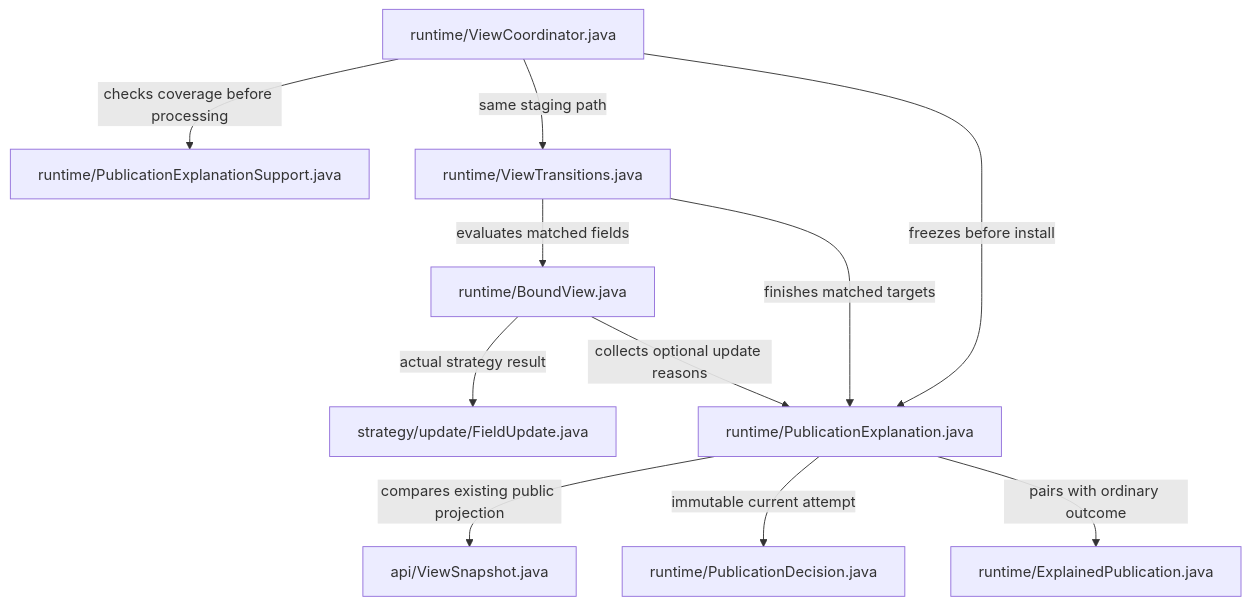
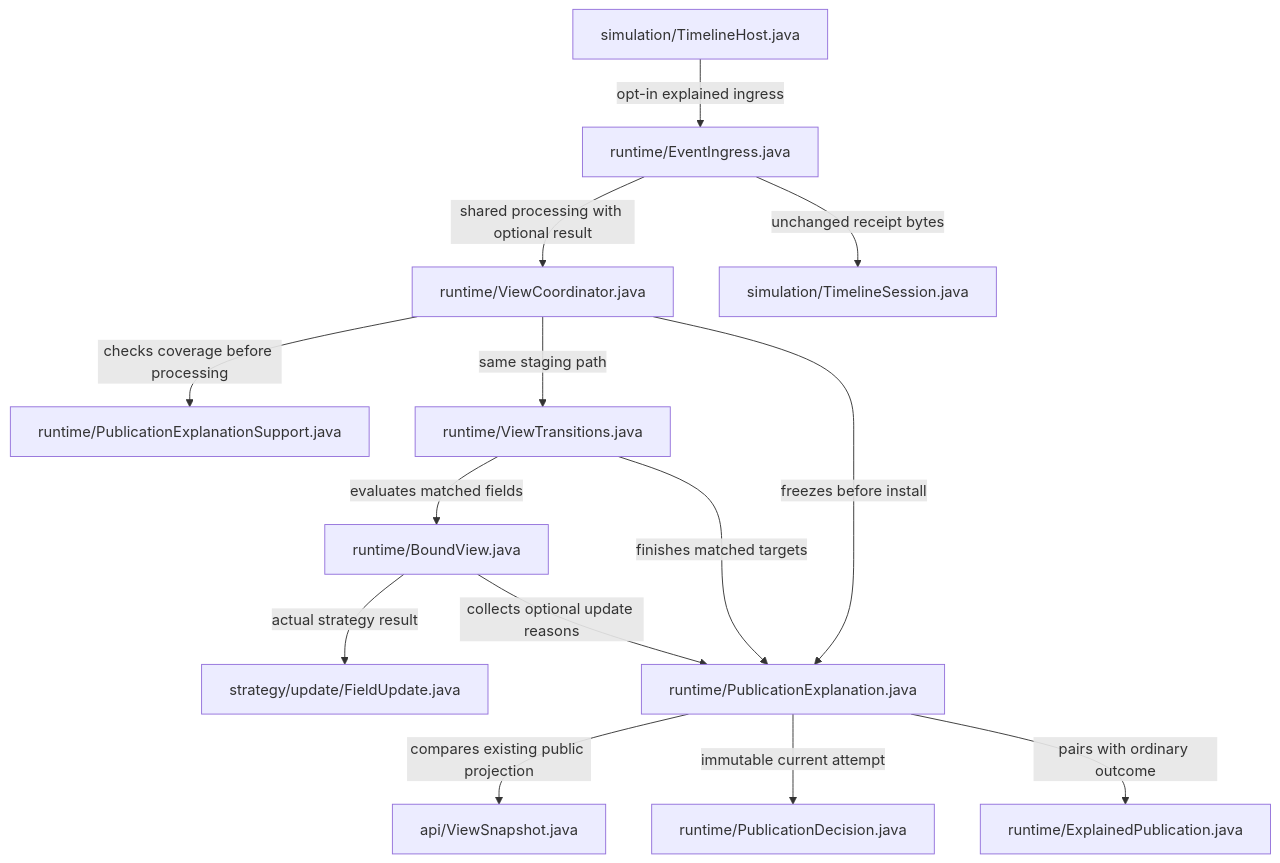
Before and after one commit to sproates/zooglass: diagram 24 of 24 in zooglass/docs/source-map.md, drawn with Mermaid. The commit also changed other lines of this file and 44 other files, not shown here.

First line of the commit message:
Explain recorded timeline publication decisions (#194)

````diff
--- a/zooglass/docs/source-map.md
+++ b/zooglass/docs/source-map.md
@@ -664,13 +666,16 @@
 ```mermaid
 flowchart TB
+  host["simulation/TimelineHost.java"] -->|opt-in explained ingress| ingress["runtime/EventIngress.java"]
+  ingress -->|shared processing with optional result| coordinator["runtime/ViewCoordinator.java"]
+  ingress -->|unchanged receipt bytes| session["simulation/TimelineSession.java"]
   coordinator["runtime/ViewCoordinator.java"] -->|checks coverage before processing| support["runtime/PublicationExplanationSupport.java"]
   coordinator -->|same staging path| transitions["runtime/ViewTransitions.java"]
   transitions -->|evaluates matched fields| bound["runtime/BoundView.java"]
   bound -->|actual strategy result| update["strategy/update/FieldUpdate.java"]
   bound -->|collects optional update reasons| collector["runtime/PublicationExplanation.java"]
   transitions -->|finishes matched targets| collector
   collector -->|compares existing public projection| projection["api/ViewSnapshot.java"]
   coordinator -->|freezes before install| collector
   collector -->|immutable current attempt| decision["runtime/PublicationDecision.java"]
   collector -->|pairs with ordinary outcome| result["runtime/ExplainedPublication.java"]
 ```
````
